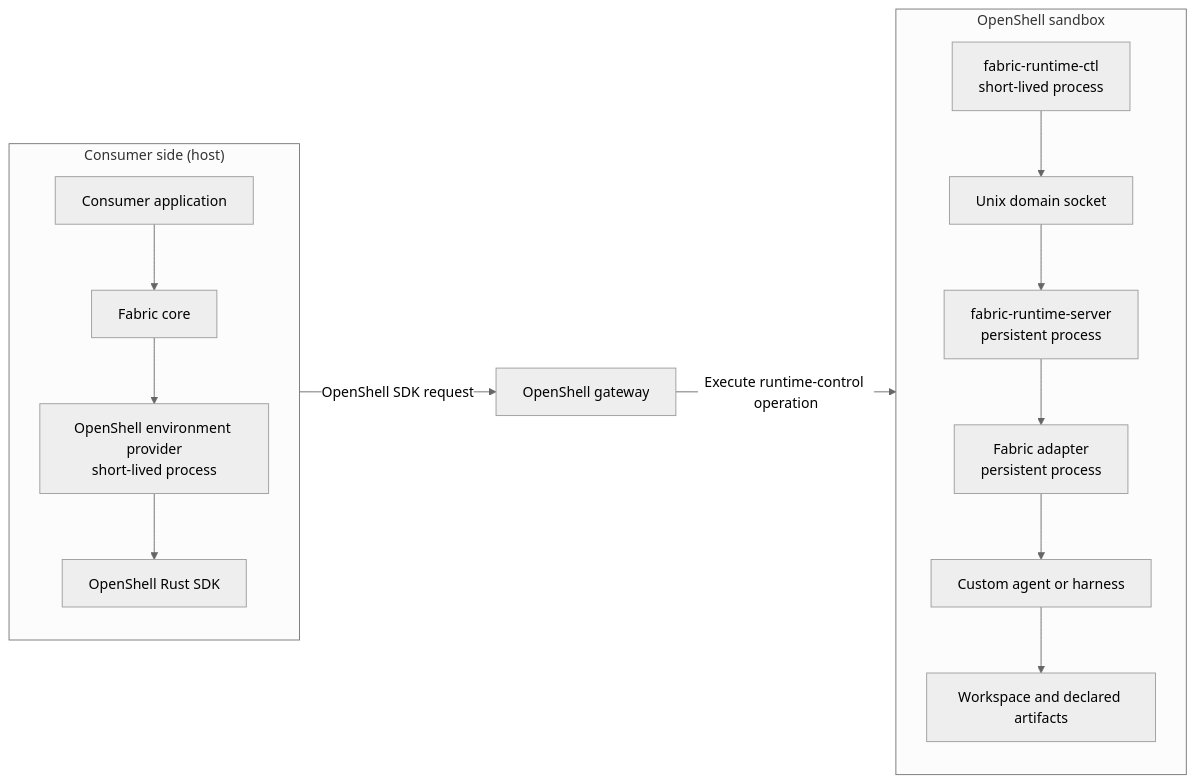
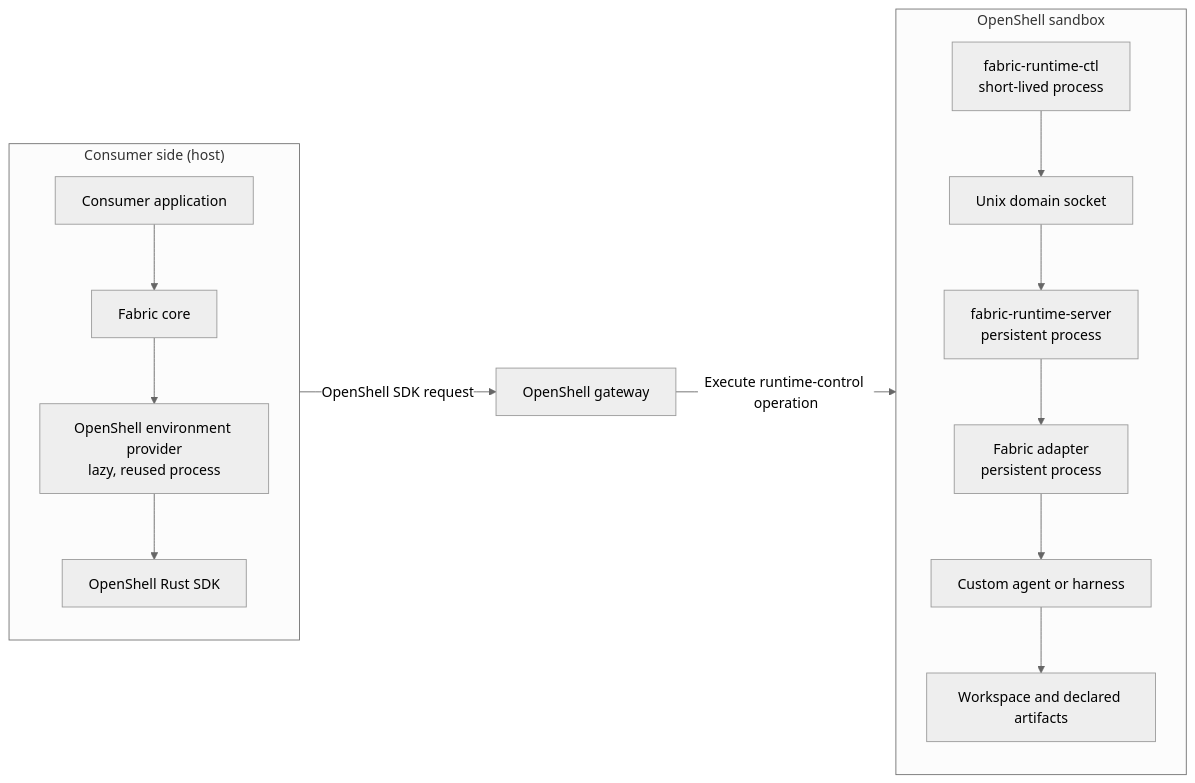
One commit to AnuradhaKaruppiah/NeMo-Fabric changed the first of 2 diagrams in environment-providers/openshell/README.md. Above: the diagram before and after it, drawn with Mermaid (neutral theme). The commit also changed other lines of this file and 3 other files, not shown here.

Commit message:
perf: reuse the OpenShell provider process

````diff
--- a/environment-providers/openshell/README.md
+++ b/environment-providers/openshell/README.md
@@ -26,35 +26,35 @@
 ```mermaid
 flowchart LR
     subgraph HOST["Consumer side (host)"]
         direction TB
         C["Consumer application"]
         F["Fabric core"]
-        P["OpenShell environment provider<br/>short-lived process"]
+        P["OpenShell environment provider<br/>lazy, reused process"]
         SDK["OpenShell Rust SDK"]
 
         C --> F
         F --> P
         P --> SDK
     end
 
     O["OpenShell gateway"]
 
     subgraph SANDBOX["OpenShell sandbox"]
         direction TB
         CTL["fabric-runtime-ctl<br/>short-lived process"]
         SOCKET["Unix domain socket"]
         SERVER["fabric-runtime-server<br/>persistent process"]
         ADAPTER["Fabric adapter<br/>persistent process"]
         AGENT["Custom agent or harness"]
         DATA["Workspace and declared artifacts"]
 
         CTL --> SOCKET
         SOCKET --> SERVER
         SERVER --> ADAPTER
         ADAPTER --> AGENT
         AGENT --> DATA
     end
 
     HOST -->|"OpenShell SDK request"| O
     O -->|"Execute runtime-control operation"| SANDBOX
 ```
````
